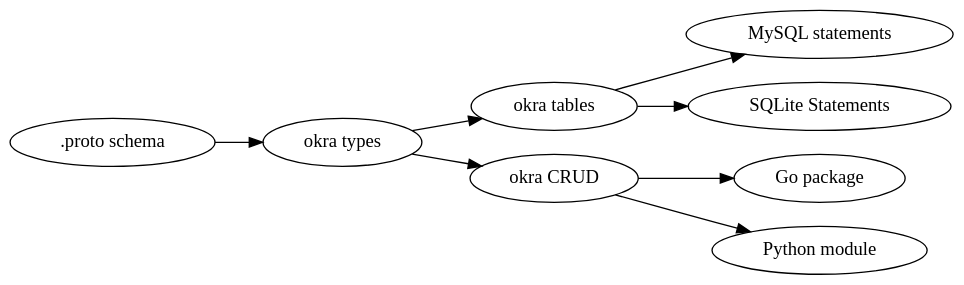
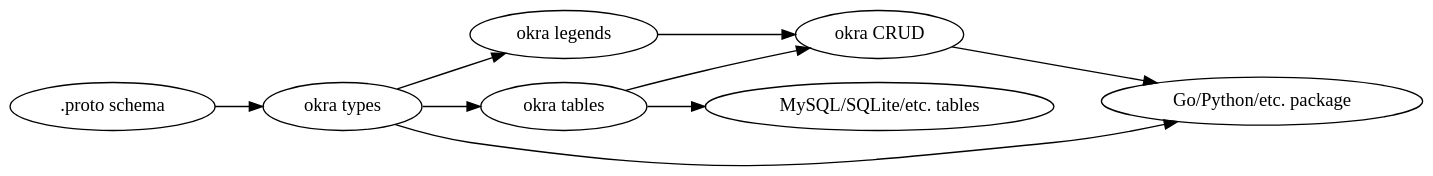
One commit to dgoffredo/okra changed the diagram in images/dataflow.dot. Above: the diagram before and after it, drawn with Graphviz. The commit also changed 1 other file, not shown here.

Commit message:
update the diagram in the readme

```diff
--- a/images/dataflow.dot
+++ b/images/dataflow.dot
@@ -1,12 +1,13 @@
 digraph {
     bgcolor="transparent"
     rankdir=LR
 
     ".proto schema" -> "okra types"
     "okra types" -> "okra tables"
-    "okra tables" -> "MySQL statements"
-    "okra tables" -> "SQLite Statements"
-    "okra types" -> "okra CRUD"
-    "okra CRUD" -> "Go package"
-    "okra CRUD" -> "Python module"
+    "okra types" -> "okra legends"
+    "okra tables" -> "okra CRUD"
+    "okra legends" -> "okra CRUD"
+    "okra tables" -> "MySQL/SQLite/etc. tables"
+    "okra CRUD" -> "Go/Python/etc. package"
+    "okra types" -> "Go/Python/etc. package"
 }
```
